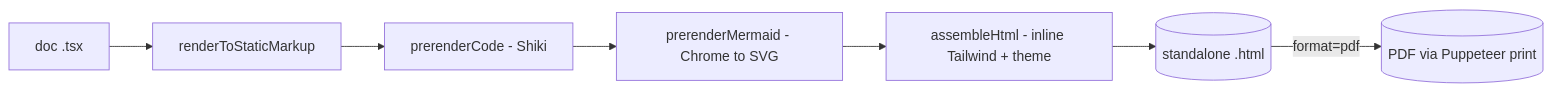
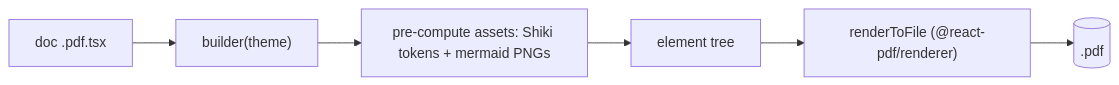
The diagram in docs/document-rendering/react-doc-builder/README.md (dashworthy/docsmith), drawn with Mermaid before and after one commit. The commit also changed other lines of this file and 1 other file, not shown here.

Commit message:
docs: rewrite react-doc-builder feature doc for PDF-only ShadCN architecture

````diff
--- a/docs/document-rendering/react-doc-builder/README.md
+++ b/docs/document-rendering/react-doc-builder/README.md
@@ -27,9 +27,8 @@
 ```mermaid
 flowchart LR
-  JSX[doc .tsx] --> RSM[renderToStaticMarkup]
-  RSM --> P1[prerenderCode - Shiki]
-  P1 --> P2[prerenderMermaid - Chrome to SVG]
-  P2 --> ASM[assembleHtml - inline Tailwind + theme]
-  ASM --> H[(standalone .html)]
-  H -->|format=pdf| PDF[(PDF via Puppeteer print)]
+  JSX[doc .pdf.tsx] --> B["builder(theme)"]
+  B --> A[pre-compute assets: Shiki tokens + mermaid PNGs]
+  A --> EL["<PdfDoc> element tree"]
+  EL --> R["renderToFile (@react-pdf/renderer)"]
+  R --> PDF[(.pdf)]
 ```
````
